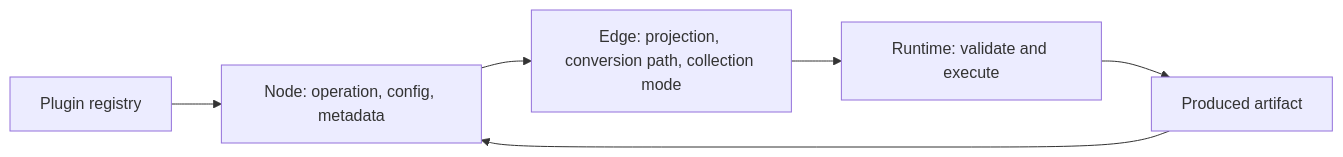
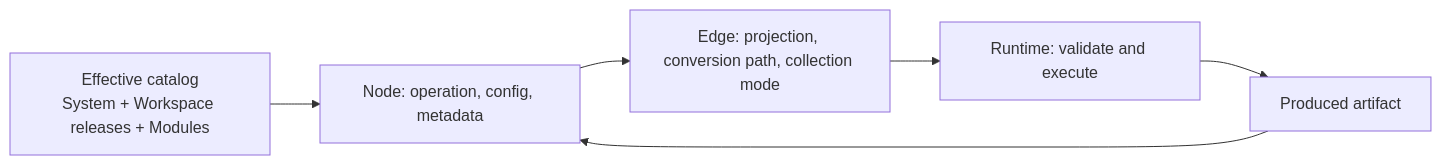
One commit to artpods56/KUL_IDUB_EcclesialSchematisms changed the diagram in docs/workbench-interaction-plan.md. Above: the diagram before and after it, drawn with Mermaid. The commit also changed other lines of this file and 1 other file, not shown here.

````diff
--- a/docs/workbench-interaction-plan.md
+++ b/docs/workbench-interaction-plan.md
@@ -24,8 +24,8 @@
 ```mermaid
 flowchart LR
-    Registry["Plugin registry"] --> Node["Node: operation, config, metadata"]
+    Catalog["Effective catalog\nSystem + Workspace releases + Modules"] --> Node["Node: operation, config, metadata"]
     Node --> Edge["Edge: projection, conversion path, collection mode"]
     Edge --> Runtime["Runtime: validate and execute"]
     Runtime --> Artifact["Produced artifact"]
     Artifact --> Node
 ```
````
